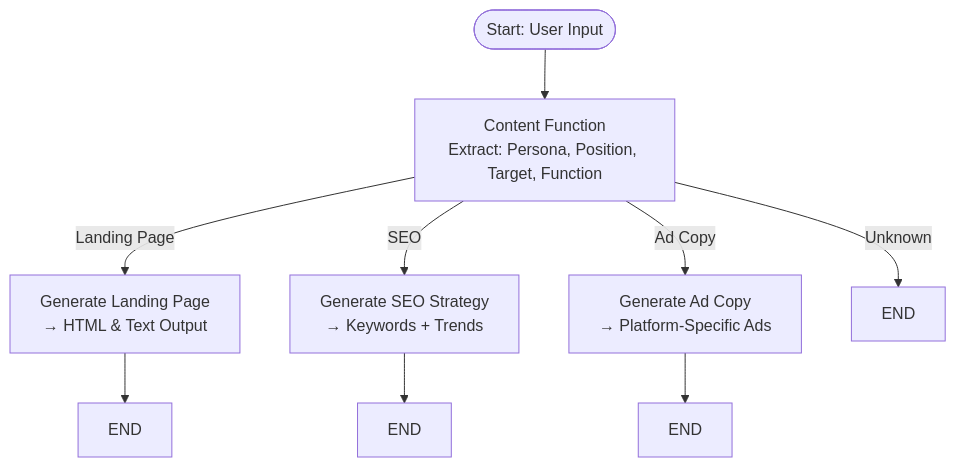
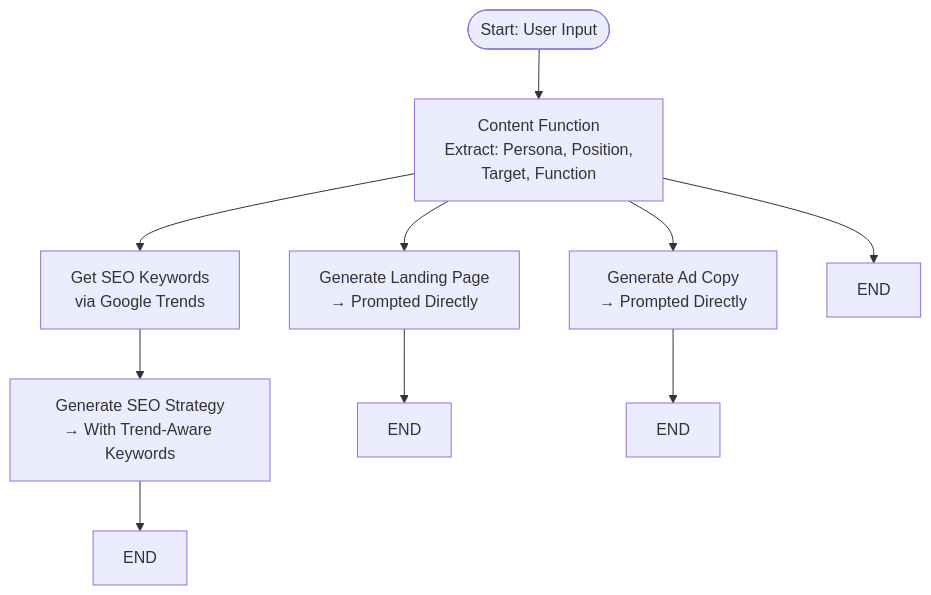
Before and after one commit to hasin-jawad/SaaS-Labs-Hackathon: the first of 2 diagrams in README.md, drawn with Mermaid.

````diff
--- a/README.md
+++ b/README.md
@@ -127,13 +127,16 @@
 ```mermaid
 graph TD
-    Start([Start: User Input]) --> ContentFunction[Content Function<br>Extract: Persona, Position, Target, Function]
+    A([Start: User Input]) --> B[Content Function<br>Extract: Persona, Position,<br>Target, Function]
 
-    ContentFunction -->|Landing Page| LandingPage[Generate Landing Page<br>→ HTML & Text Output]
-    ContentFunction -->|SEO| SEO[Generate SEO Strategy<br/>→ Keywords + Trends]
-    ContentFunction -->|Ad Copy| AdCopy[Generate Ad Copy<br/>→ Platform-Specific Ads]
-    ContentFunction -->|Unknown| EndUnknown[END]
+    B --> C[Get SEO Keywords<br>via Google Trends]
+    C --> D[Generate SEO Strategy<br>→ With Trend-Aware Keywords]
+    D --> E1[END]
 
-    LandingPage --> EndLanding[END]
-    SEO --> EndSEO[END]
-    AdCopy --> EndAd[END]
+    B --> F[Generate Landing Page<br>→ Prompted Directly]
+    F --> E2[END]
+
+    B --> G[Generate Ad Copy<br>→ Prompted Directly]
+    G --> E3[END]
+
+    B --> H[END]
 ```
````
